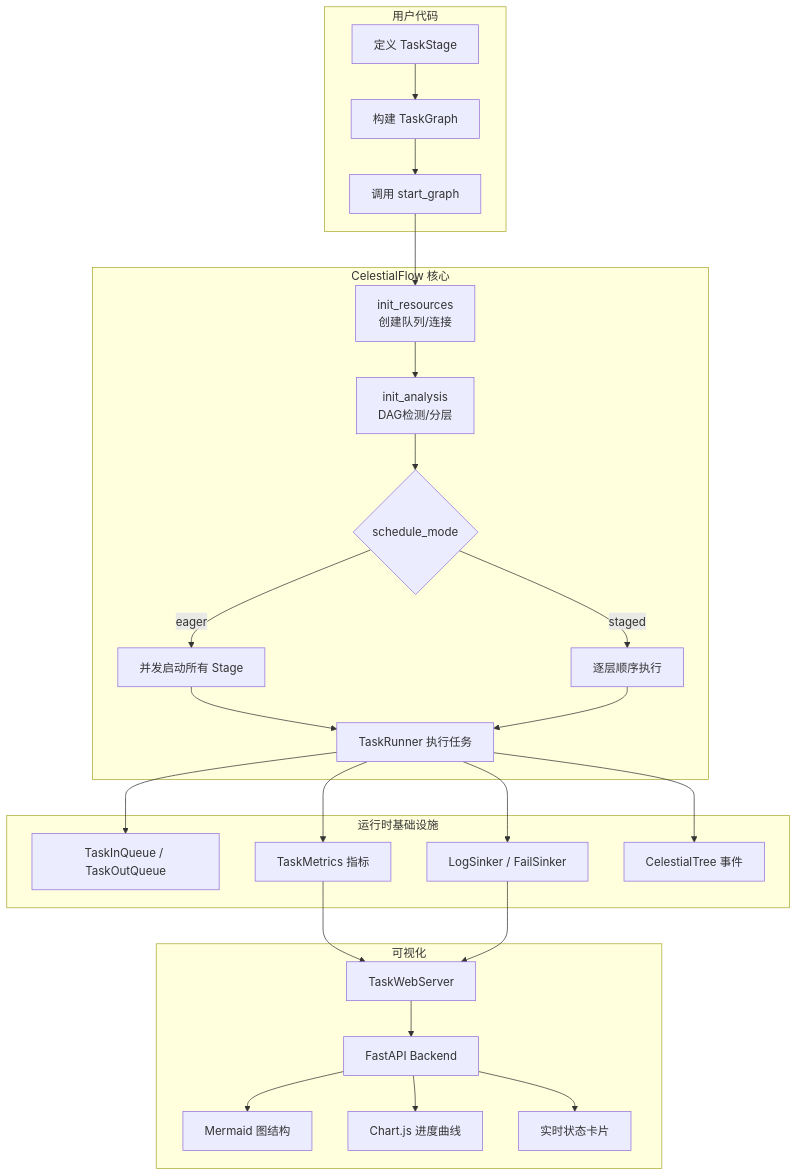
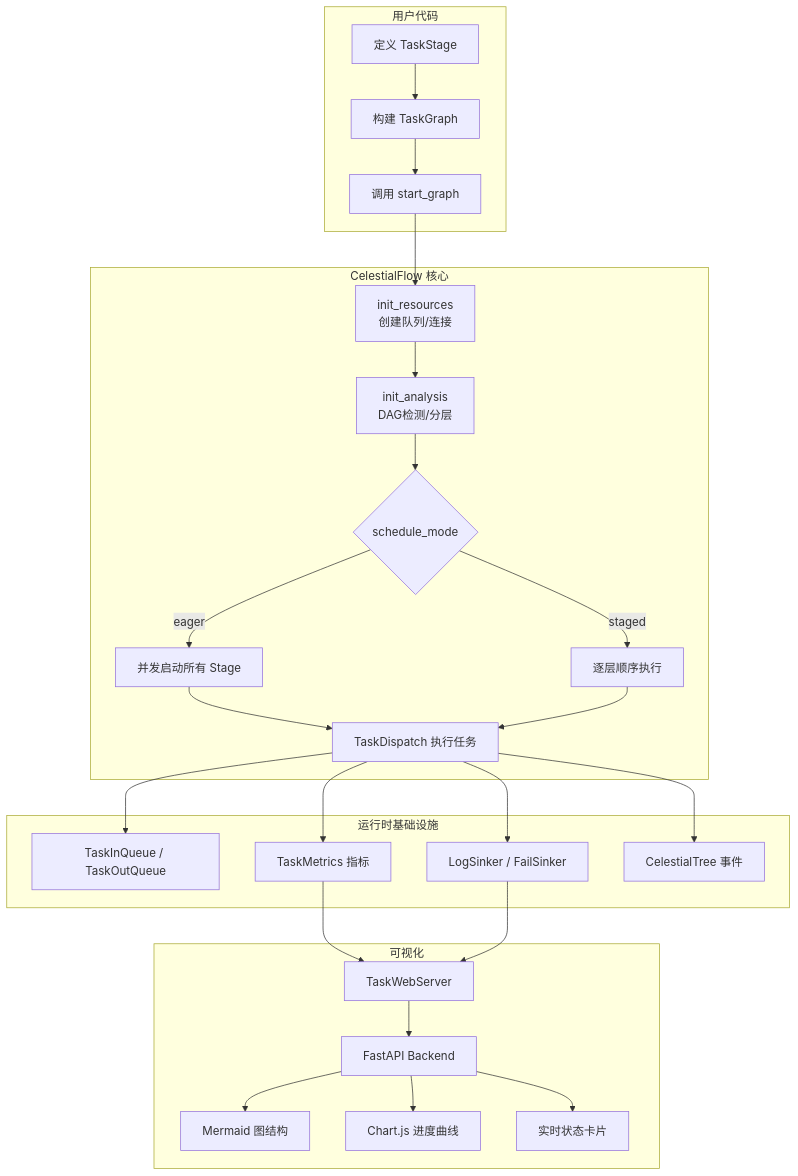
Before and after one commit to Mr-xiaotian/CelestialFlow: the first of 9 diagrams in docs/presentation.md, drawn with Mermaid. The commit also changed other lines of this file and 5 other files, not shown here.

````diff
--- a/docs/presentation.md
+++ b/docs/presentation.md
@@ -74,34 +74,34 @@
 ```mermaid
 graph TB
     subgraph 用户代码
         A[定义 TaskStage] --> B[构建 TaskGraph]
         B --> C[调用 start_graph]
     end
 
     subgraph CelestialFlow 核心
         C --> D[init_resources<br/>创建队列/连接]
         D --> E[init_analysis<br/>DAG检测/分层]
         E --> F{schedule_mode}
         F -->|eager| G[并发启动所有 Stage]
         F -->|staged| H[逐层顺序执行]
-        G --> I[TaskRunner 执行任务]
+        G --> I[TaskDispatch 执行任务]
         H --> I
     end
 
     subgraph 运行时基础设施
         I --> J[TaskInQueue / TaskOutQueue]
         I --> K[TaskMetrics 指标]
         I --> L[LogSinker / FailSinker]
         I --> M[CelestialTree 事件]
     end
 
     subgraph 可视化
         N[TaskWebServer] --> O[FastAPI Backend]
         O --> P[Mermaid 图结构]
         O --> Q[Chart.js 进度曲线]
         O --> R[实时状态卡片]
     end
 
     K --> N
     L --> N
 ```
````
